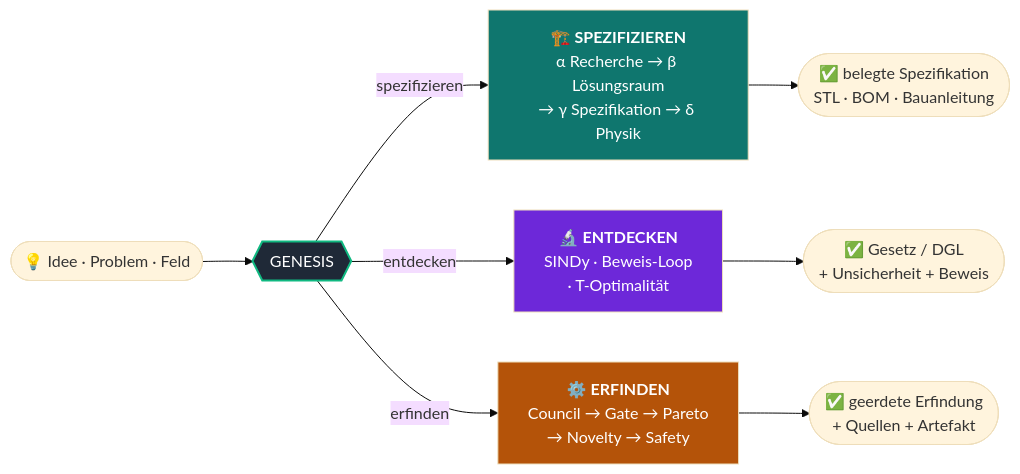
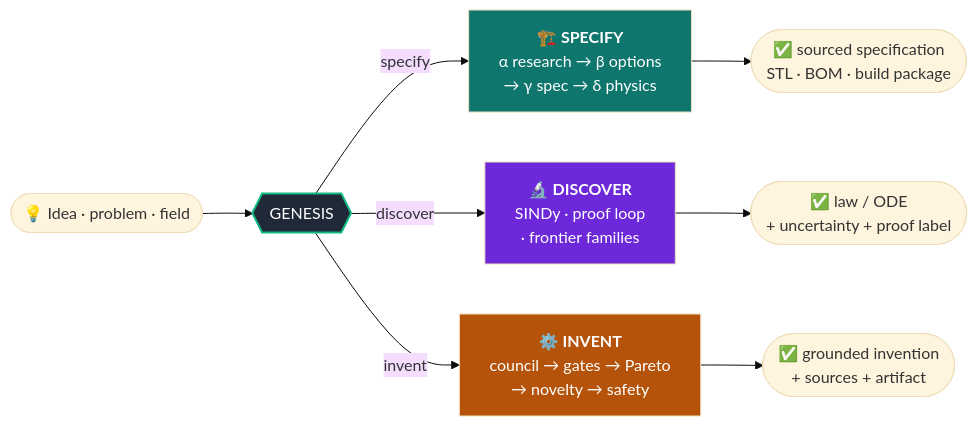
One commit to Oz4462/genesis changed the first of 2 diagrams in README.md. Above: the diagram before and after it, drawn with Mermaid (base theme). The commit also changed other lines of this file, not shown here.

````diff
--- a/README.md
+++ b/README.md
@@ -60,14 +76,14 @@
 ```mermaid
 flowchart LR
-    IDEA([💡 Idee · Problem · Feld]) --> ROUTER{{GENESIS}}
-    ROUTER -->|spezifizieren| SPEC["🏗️ <b>SPEZIFIZIEREN</b><br/>α Recherche → β Lösungsraum<br/>→ γ Spezifikation → δ Physik"]
-    ROUTER -->|entdecken| DISC["🔬 <b>ENTDECKEN</b><br/>SINDy · Beweis-Loop<br/>· T-Optimalität"]
-    ROUTER -->|erfinden| INV["⚙️ <b>ERFINDEN</b><br/>Council → Gate → Pareto<br/>→ Novelty → Safety"]
-    SPEC --> O1([✅ belegte Spezifikation<br/>STL · BOM · Bauanleitung])
-    DISC --> O2([✅ Gesetz / DGL<br/>+ Unsicherheit + Beweis])
-    INV --> O3([✅ geerdete Erfindung<br/>+ Quellen + Artefakt])
+    IDEA([💡 Idea · problem · field]) --> ROUTER{{GENESIS}}
+    ROUTER -->|specify| SPEC["🏗️ <b>SPECIFY</b><br/>α research → β options<br/>→ γ spec → δ physics"]
+    ROUTER -->|discover| DISC["🔬 <b>DISCOVER</b><br/>SINDy · proof loop<br/>· frontier families"]
+    ROUTER -->|invent| INV["⚙️ <b>INVENT</b><br/>council → gates → Pareto<br/>→ novelty → safety"]
+    SPEC --> O1([✅ sourced specification<br/>STL · BOM · build package])
+    DISC --> O2([✅ law / ODE<br/>+ uncertainty + proof label])
+    INV --> O3([✅ grounded invention<br/>+ sources + artifact])
     style ROUTER fill:#1f2937,color:#fff,stroke:#10b981,stroke-width:2px
     style SPEC fill:#0f766e,color:#fff
     style DISC fill:#6d28d9,color:#fff
     style INV fill:#b45309,color:#fff
 ```
````
